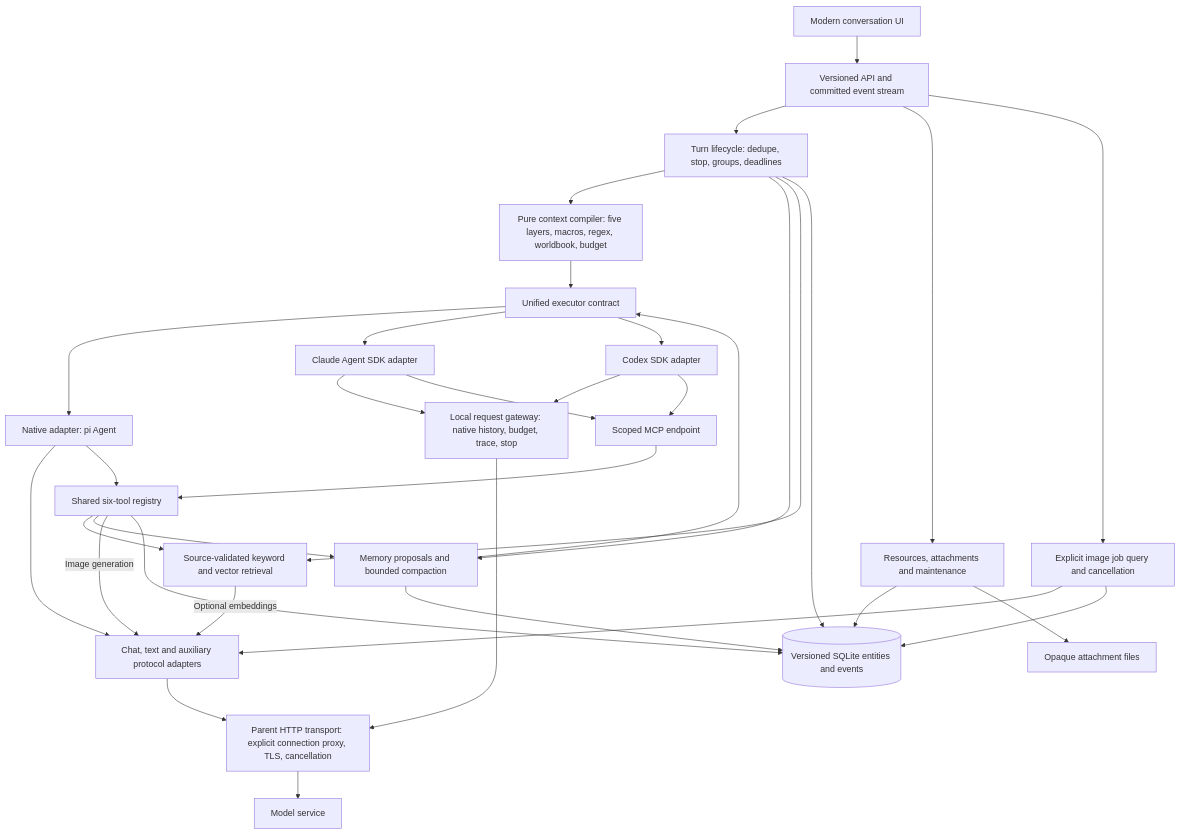
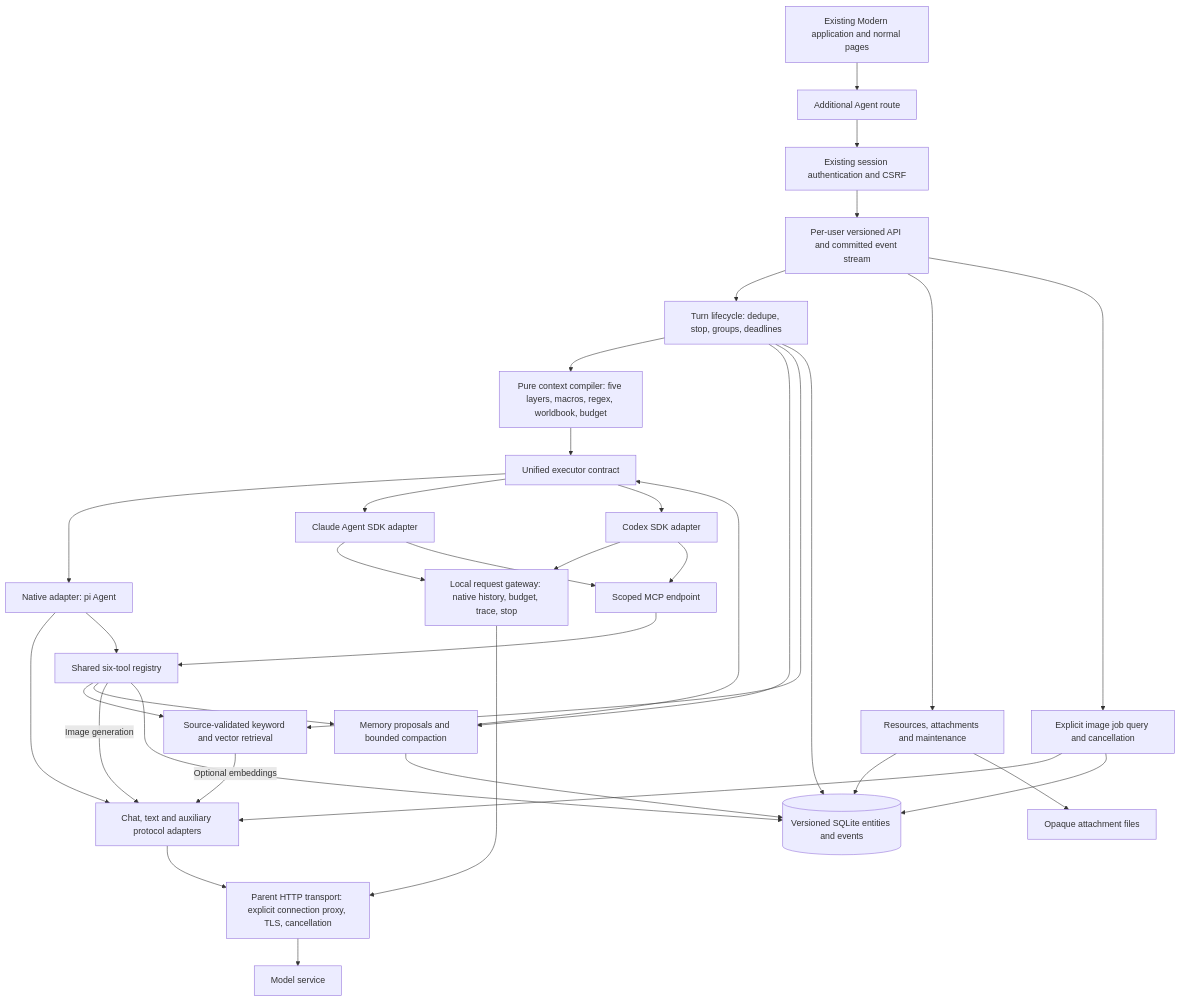
Before and after one commit to Carsares/SillyTavern: the diagram in docs/conversation/ARCHITECTURE.md, drawn with Mermaid. The commit also changed other lines of this file and 6 other files, not shown here.

````diff
--- a/docs/conversation/ARCHITECTURE.md
+++ b/docs/conversation/ARCHITECTURE.md
@@ -5,36 +5,38 @@
 ```mermaid
 flowchart TB
-  UI[Modern conversation UI] --> API[Versioned API and committed event stream]
+  SHELL[Existing Modern application and normal pages] --> UI[Additional Agent route]
+  UI --> AUTH[Existing session authentication and CSRF]
+  AUTH --> API[Per-user versioned API and committed event stream]
   API --> RT[Turn lifecycle: dedupe, stop, groups, deadlines]
   API --> RES[Resources, attachments and maintenance]
   RT --> CTX[Pure context compiler: five layers, macros, regex, worldbook, budget]
   RT --> MEM[Memory proposals and bounded compaction]
   RT --> RET[Source-validated keyword and vector retrieval]
   CTX --> ADAPT[Unified executor contract]
   MEM --> ADAPT
   ADAPT --> PI[Native adapter: pi Agent]
   ADAPT --> CLAUDE[Claude Agent SDK adapter]
   ADAPT --> CODEX[Codex SDK adapter]
   CLAUDE --> GW[Local request gateway: native history, budget, trace, stop]
   CODEX --> GW
   PI --> PROVIDERS[Chat, text and auxiliary protocol adapters]
   GW --> TRANSPORT[Parent HTTP transport: explicit connection proxy, TLS, cancellation]
   PROVIDERS --> TRANSPORT
   TRANSPORT --> REMOTE[Model service]
   PI --> TOOLS[Shared six-tool registry]
   CLAUDE --> MCP[Scoped MCP endpoint]
   CODEX --> MCP
   MCP --> TOOLS
   TOOLS --> RET
   TOOLS --> MEM
   TOOLS -->|Image generation| PROVIDERS
   RET -->|Optional embeddings| PROVIDERS
   RT --> DB[(Versioned SQLite entities and events)]
   MEM --> DB
   TOOLS --> DB
   RES --> DB
   RES --> FILES[Opaque attachment files]
   API --> JOBS[Explicit image job query and cancellation]
   JOBS --> PROVIDERS
   JOBS --> DB
 ```
````
